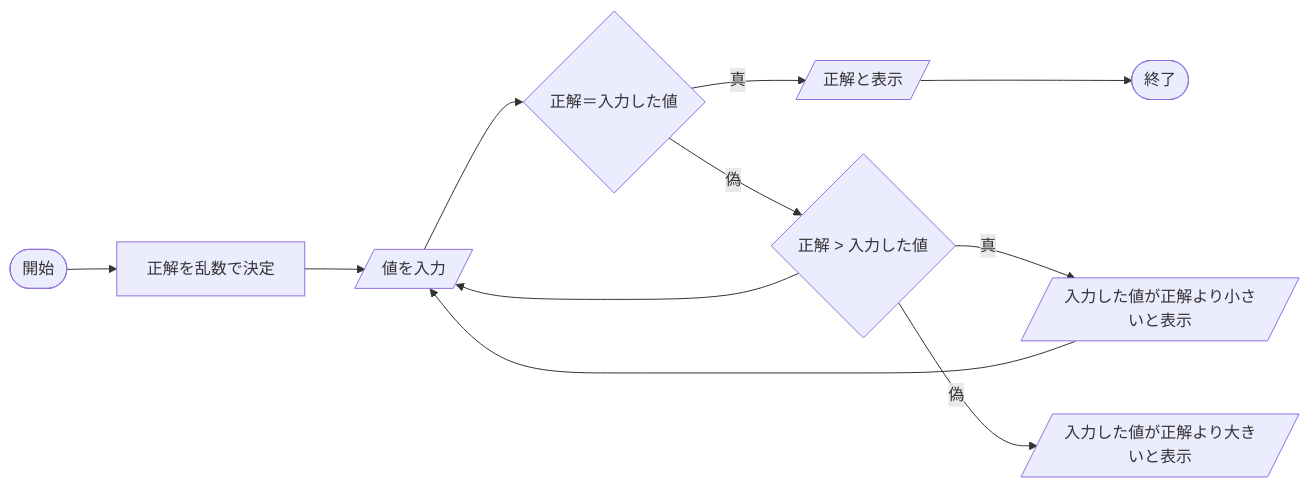
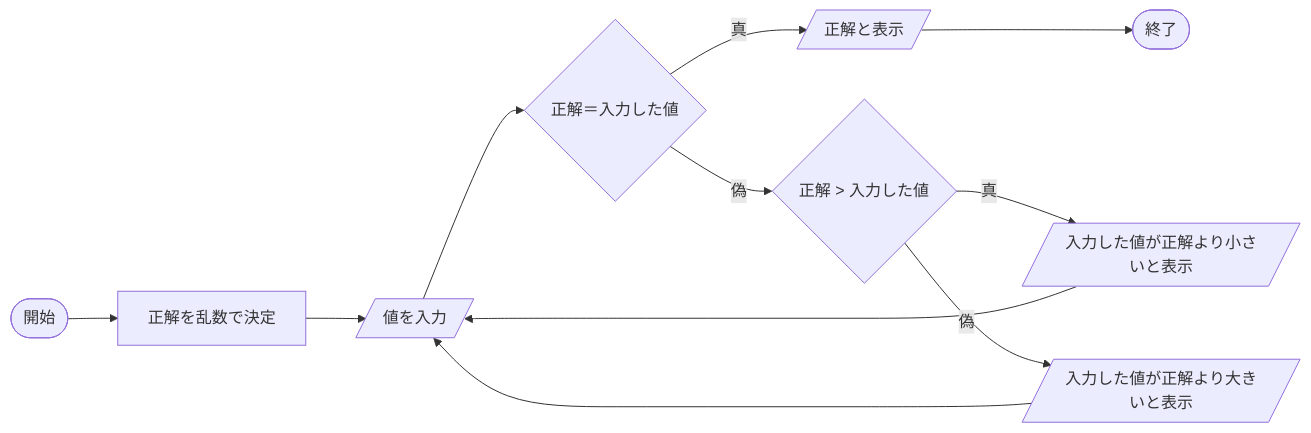
The diagram in README.md (tpu-game-2022/mermaid_test), drawn with Mermaid before and after one commit.

````diff
--- a/README.md
+++ b/README.md
@@ -20,13 +20,13 @@
 ```mermaid
 flowchart LR;
   A(["開始"]) --> B["正解を乱数で決定"];
   B --> C[/"値を入力"/]
   C --> D{"正解＝入力した値"}
   D --　真 --> E[/"正解と表示"/];
   D -- 偽--> G{"正解 > 入力した値"}
   G -- 真 --> H[/"入力した値が正解より小さいと表示"/]
   H --> C
   G --偽 --> I[/"入力した値が正解より大きいと表示"/]
-  G --> C
+  I --> C
   E --> F(["終了"])
 ```
````
